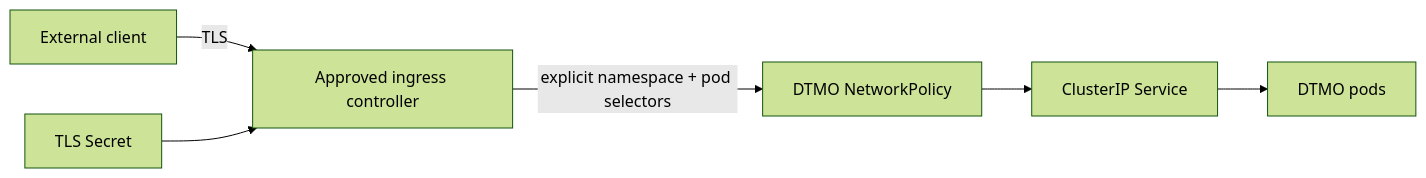
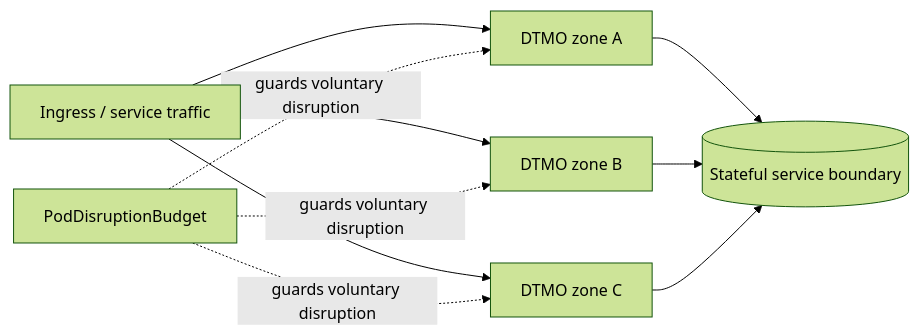
Before and after one commit to GJvManen/dtmo: the second of 2 diagrams in docs/roadmap/PLATFORM_INDUSTRIALISATION_ROADMAP.md, drawn with Mermaid (forest theme). The commit also changed other lines of this file, not shown here.

Commit message:
Phase 11.8d: advance industrialisation roadmap

````diff
--- a/docs/roadmap/PLATFORM_INDUSTRIALISATION_ROADMAP.md
+++ b/docs/roadmap/PLATFORM_INDUSTRIALISATION_ROADMAP.md
@@ -106,8 +111,12 @@
 ```mermaid
 flowchart LR
-    C[External client] -->|TLS| I[Approved ingress controller]
-    I -->|explicit namespace + pod selectors| N[DTMO NetworkPolicy]
-    N --> S[ClusterIP Service]
-    S --> D[DTMO pods]
-    T[TLS Secret] --> I
+    U[Ingress / service traffic] --> A[DTMO zone A]
+    U --> B[DTMO zone B]
+    U --> C[DTMO zone C]
+    A --> S[(Stateful service boundary)]
+    B --> S
+    C --> S
+    P[PodDisruptionBudget] -. guards voluntary disruption .-> A
+    P -. guards voluntary disruption .-> B
+    P -. guards voluntary disruption .-> C
 ```
````
